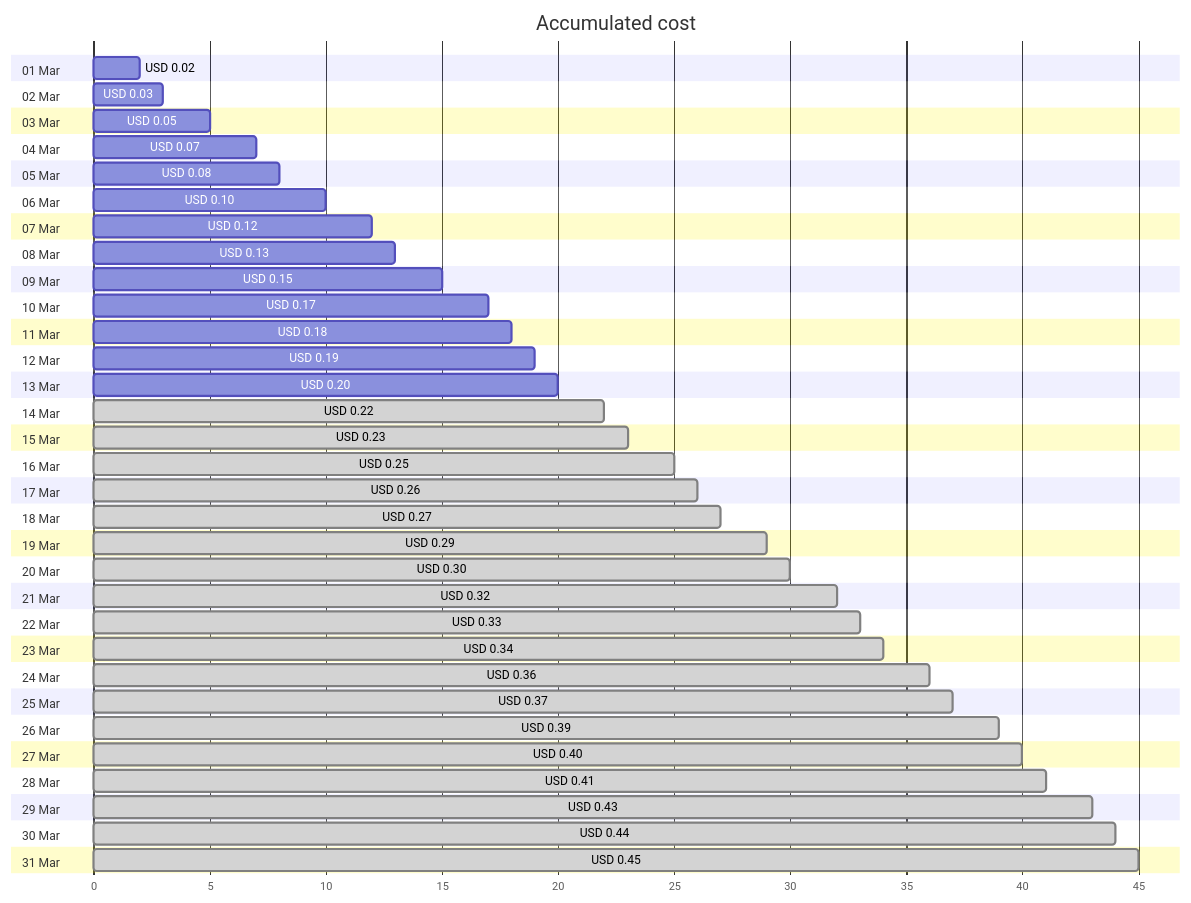
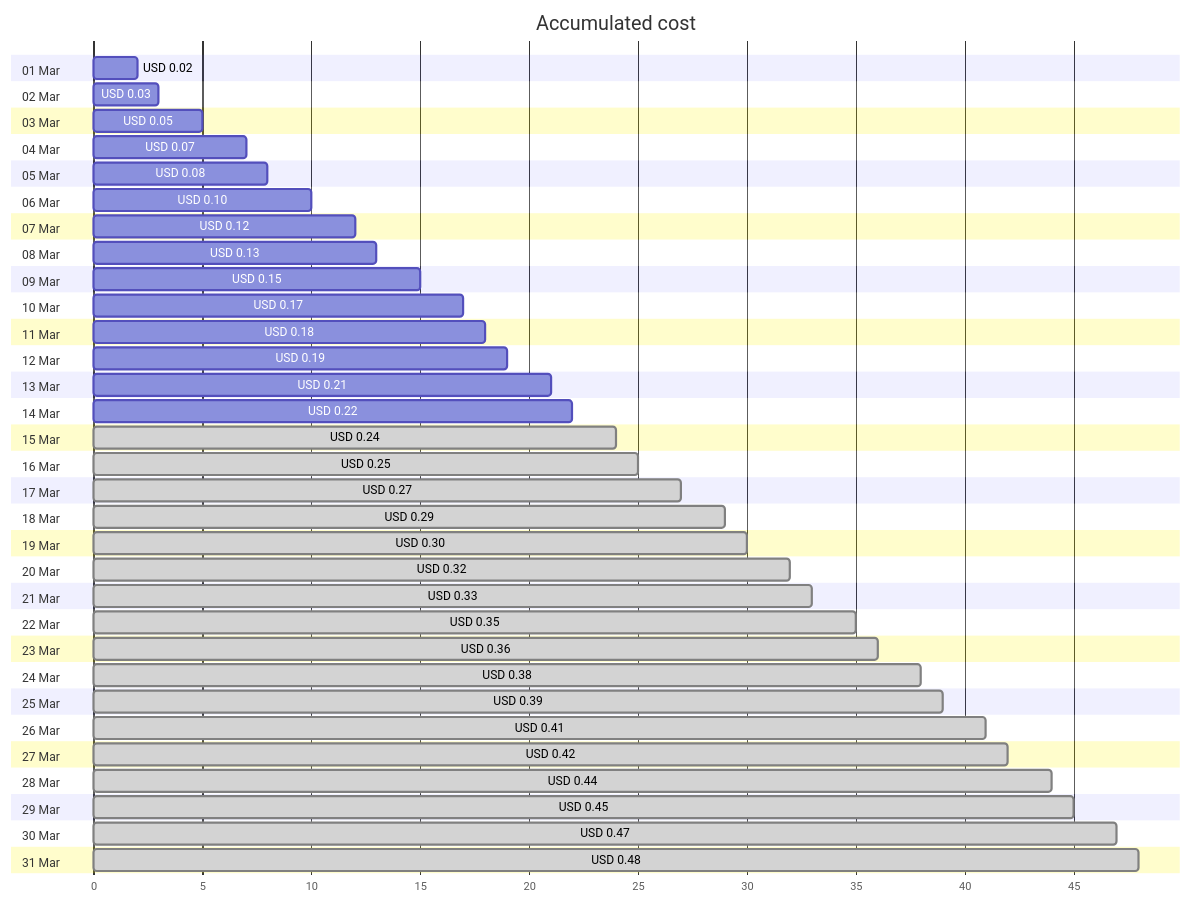
One commit to jpfulton/azure-personal-reports changed the first of 4 diagrams in cost-reports/personal-dns/jpatrickfulton.dev.md. Above: the diagram before and after it, drawn with Mermaid. The commit also changed other lines of this file and 2 other files, not shown here.

````diff
--- a/cost-reports/personal-dns/jpatrickfulton.dev.md
+++ b/cost-reports/personal-dns/jpatrickfulton.dev.md
@@ -20,68 +20,68 @@
 ```mermaid
 gantt
    title Accumulated cost
    dateFormat  X
    axisFormat %s
    section 01 Mar
    USD 0.02 :0, 2
    section 02 Mar
    USD 0.03 :0, 3
    section 03 Mar
    USD 0.05 :0, 5
    section 04 Mar
    USD 0.07 :0, 7
    section 05 Mar
    USD 0.08 :0, 8
    section 06 Mar
    USD 0.10 :0, 10
    section 07 Mar
    USD 0.12 :0, 12
    section 08 Mar
    USD 0.13 :0, 13
    section 09 Mar
    USD 0.15 :0, 15
    section 10 Mar
    USD 0.17 :0, 17
    section 11 Mar
    USD 0.18 :0, 18
    section 12 Mar
    USD 0.19 :0, 19
    section 13 Mar
-   USD 0.20 :0, 20
+   USD 0.21 :0, 21
    section 14 Mar
-   USD 0.22 : done, 0, 22
+   USD 0.22 :0, 22
    section 15 Mar
-   USD 0.23 : done, 0, 23
+   USD 0.24 : done, 0, 24
    section 16 Mar
    USD 0.25 : done, 0, 25
    section 17 Mar
-   USD 0.26 : done, 0, 26
+   USD 0.27 : done, 0, 27
    section 18 Mar
-   USD 0.27 : done, 0, 27
+   USD 0.29 : done, 0, 29
    section 19 Mar
-   USD 0.29 : done, 0, 29
+   USD 0.30 : done, 0, 30
    section 20 Mar
-   USD 0.30 : done, 0, 30
+   USD 0.32 : done, 0, 32
    section 21 Mar
-   USD 0.32 : done, 0, 32
+   USD 0.33 : done, 0, 33
    section 22 Mar
-   USD 0.33 : done, 0, 33
+   USD 0.35 : done, 0, 35
    section 23 Mar
-   USD 0.34 : done, 0, 34
+   USD 0.36 : done, 0, 36
    section 24 Mar
-   USD 0.36 : done, 0, 36
+   USD 0.38 : done, 0, 38
    section 25 Mar
-   USD 0.37 : done, 0, 37
+   USD 0.39 : done, 0, 39
    section 26 Mar
-   USD 0.39 : done, 0, 39
+   USD 0.41 : done, 0, 41
    section 27 Mar
-   USD 0.40 : done, 0, 40
+   USD 0.42 : done, 0, 42
    section 28 Mar
-   USD 0.41 : done, 0, 41
+   USD 0.44 : done, 0, 44
    section 29 Mar
-   USD 0.43 : done, 0, 43
+   USD 0.45 : done, 0, 45
    section 30 Mar
-   USD 0.44 : done, 0, 44
+   USD 0.47 : done, 0, 47
    section 31 Mar
-   USD 0.45 : done, 0, 45
+   USD 0.48 : done, 0, 48
 ```
````
